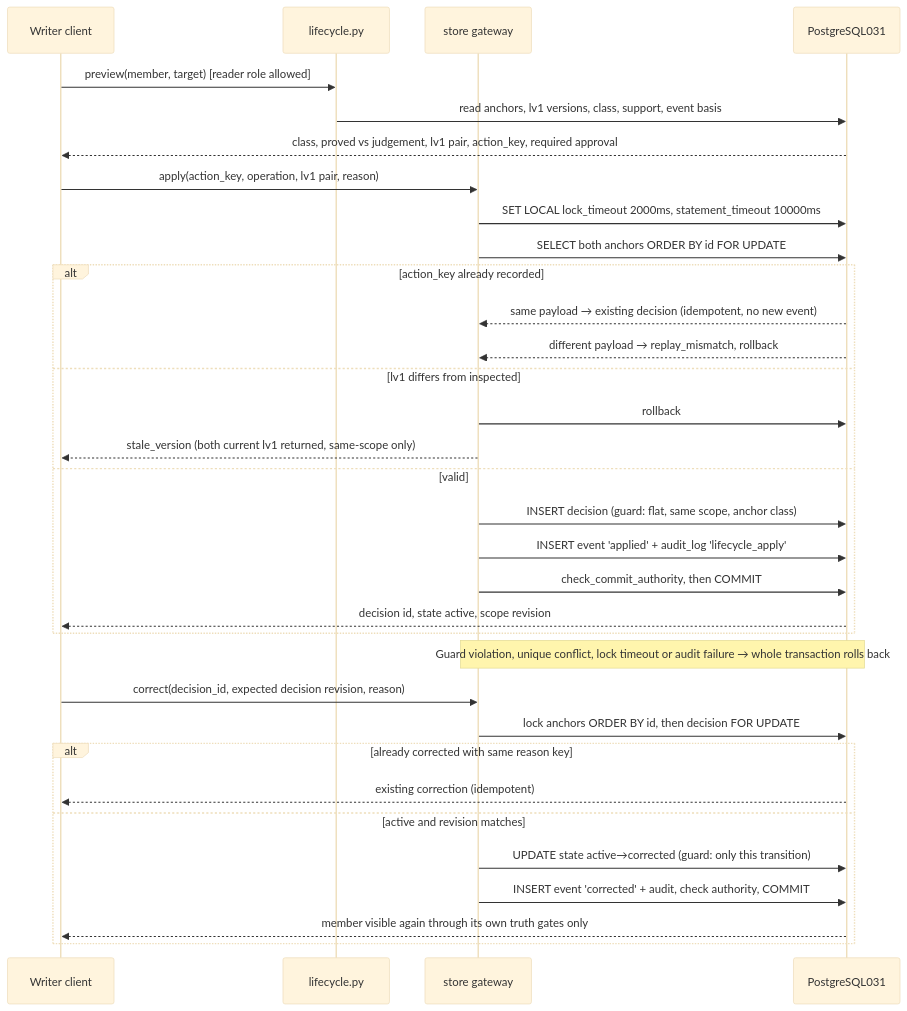
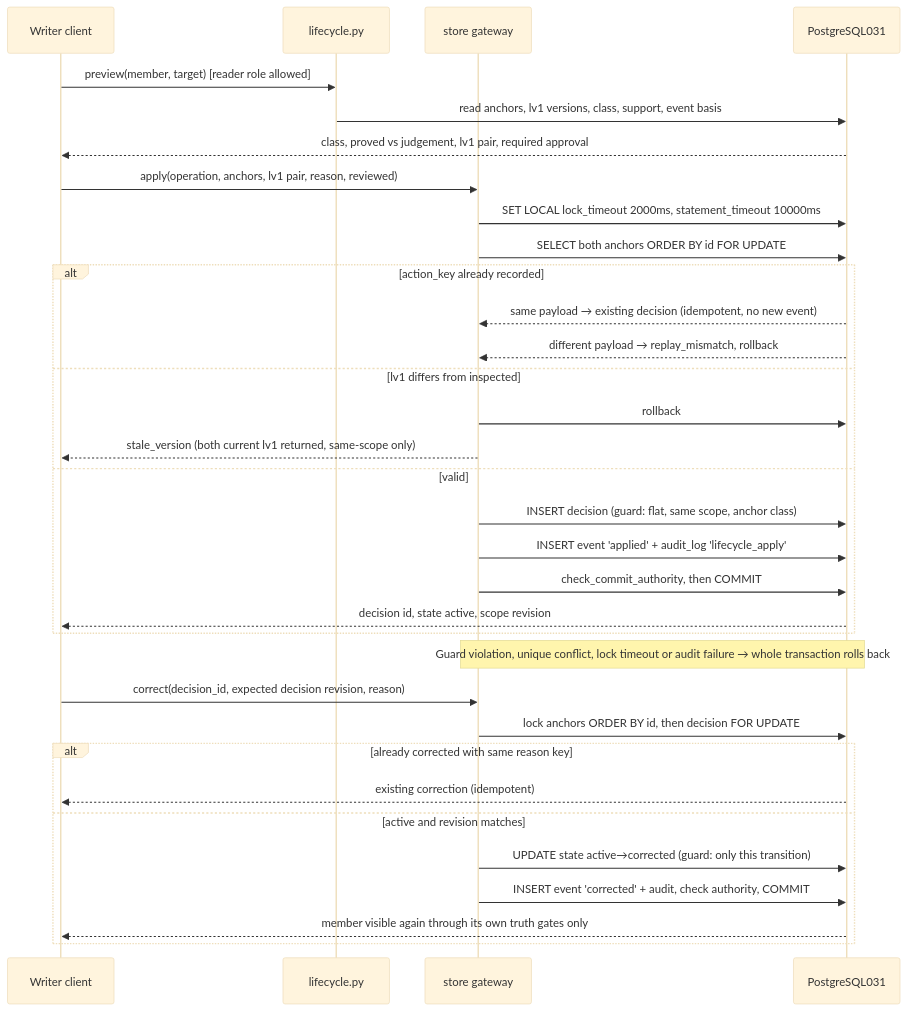
The second of 3 diagrams in docs/uml/memory-lifecycle-66.md (phense/agentic-rag), drawn with Mermaid (base theme) before and after one commit. The commit also changed other lines of this file and 3 other files, not shown here.

````diff
--- a/docs/uml/memory-lifecycle-66.md
+++ b/docs/uml/memory-lifecycle-66.md
@@ -94,35 +98,35 @@
 ```mermaid
 sequenceDiagram
     participant C as Writer client
     participant L as lifecycle.py
     participant S as store gateway
     participant D as PostgreSQL031
     C->>L: preview(member, target)  [reader role allowed]
     L->>D: read anchors, lv1 versions, class, support, event basis
-    D-->>C: class, proved vs judgement, lv1 pair, action_key, required approval
-    C->>S: apply(action_key, operation, lv1 pair, reason)
+    D-->>C: class, proved vs judgement, lv1 pair, required approval
+    C->>S: apply(operation, anchors, lv1 pair, reason, reviewed)
     S->>D: SET LOCAL lock_timeout 2000ms, statement_timeout 10000ms
     S->>D: SELECT both anchors ORDER BY id FOR UPDATE
     alt action_key already recorded
         D-->>S: same payload → existing decision (idempotent, no new event)
         D-->>S: different payload → replay_mismatch, rollback
     else lv1 differs from inspected
         S->>D: rollback
         S-->>C: stale_version (both current lv1 returned, same-scope only)
     else valid
         S->>D: INSERT decision (guard: flat, same scope, anchor class)
         S->>D: INSERT event 'applied' + audit_log 'lifecycle_apply'
         S->>D: check_commit_authority, then COMMIT
         D-->>C: decision id, state active, scope revision
     end
     Note over S,D: Guard violation, unique conflict, lock timeout or audit failure → whole transaction rolls back
     C->>S: correct(decision_id, expected decision revision, reason)
     S->>D: lock anchors ORDER BY id, then decision FOR UPDATE
     alt already corrected with same reason key
         D-->>C: existing correction (idempotent)
     else active and revision matches
         S->>D: UPDATE state active→corrected (guard: only this transition)
         S->>D: INSERT event 'corrected' + audit, check authority, COMMIT
         D-->>C: member visible again through its own truth gates only
     end
 ```
````
